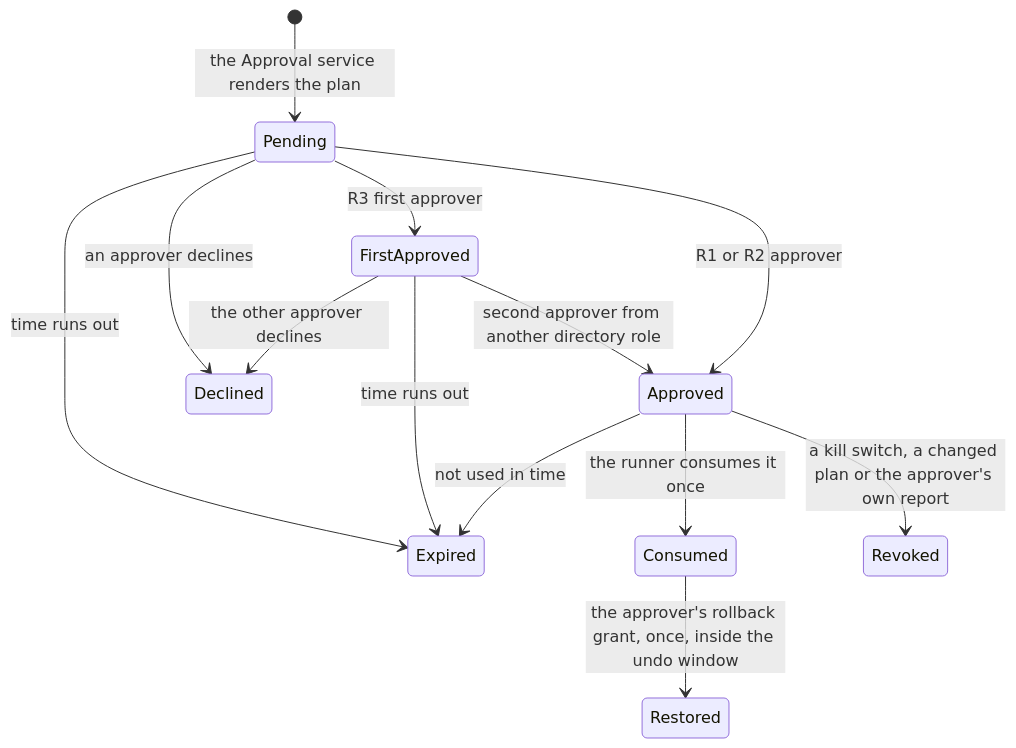
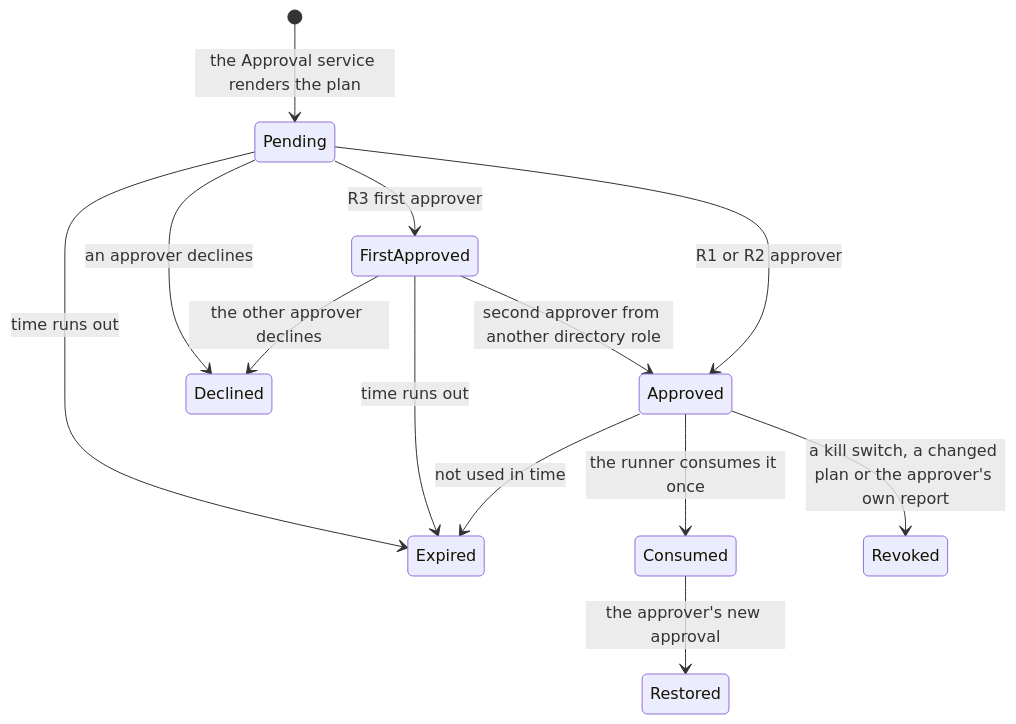
One commit to tinodo/meternaut changed the second of 2 diagrams in docs/design/05-data-and-integrations.md. Above: the diagram before and after it, drawn with Mermaid. The commit also changed other lines of this file and 31 other files, not shown here.

````diff
--- a/docs/design/05-data-and-integrations.md
+++ b/docs/design/05-data-and-integrations.md
@@ -217,15 +216,15 @@
 ```mermaid
 stateDiagram-v2
     [*] --> Pending : the Approval service renders the plan
     Pending --> FirstApproved : R3 first approver
     FirstApproved --> Approved : second approver from another directory role
     Pending --> Approved : R1 or R2 approver
     Pending --> Declined : an approver declines
     FirstApproved --> Declined : the other approver declines
     Pending --> Expired : time runs out
     FirstApproved --> Expired : time runs out
     Approved --> Consumed : the runner consumes it once
     Approved --> Expired : not used in time
     Approved --> Revoked : a kill switch, a changed plan or the approver's own report
-    Consumed --> Restored : the approver's rollback grant, once, inside the undo window
+    Consumed --> Restored : the approver's new approval
 ```
````
